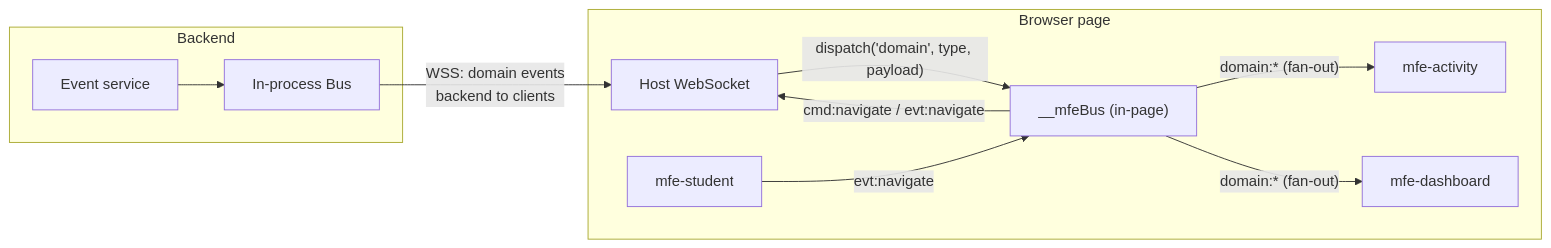
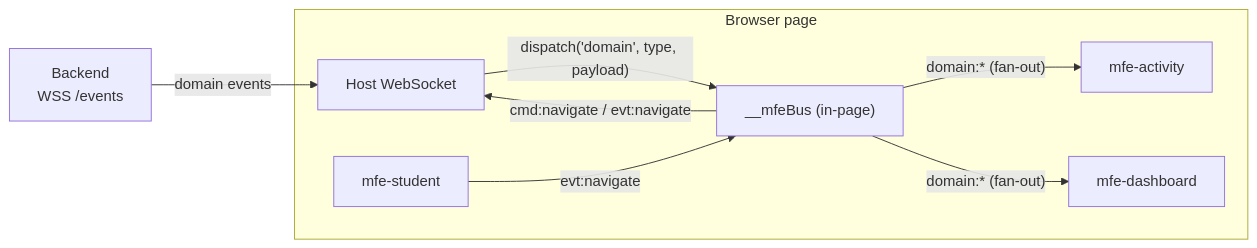
The third of 5 diagrams in docs/architecture.md (fidelis27/mfe-communication), drawn with Mermaid before and after one commit. The commit also changed other lines of this file, not shown here.

First line of the commit message:
docs: scope architecture.md to the frontend and fix flow details (#94)

````diff
--- a/docs/architecture.md
+++ b/docs/architecture.md
@@ -82,23 +77,19 @@
 ```mermaid
 flowchart LR
-    subgraph backend["Backend"]
-        svc["Event service"]
-        gobus["In-process Bus"]
-        svc --> gobus
-    end
+    api["Backend<br/>WSS /events"]
 
     subgraph page["Browser page"]
         hostws["Host WebSocket"]
         pagebus["__mfeBus (in-page)"]
         a["mfe-activity"]
         d["mfe-dashboard"]
         s["mfe-student"]
         hostws -- "dispatch('domain', type, payload)" --> pagebus
         pagebus -- "domain:* (fan-out)" --> a
         pagebus -- "domain:* (fan-out)" --> d
         s -- "evt:navigate" --> pagebus
         pagebus -- "cmd:navigate / evt:navigate" --> hostws
     end
 
-    gobus -- "WSS: domain events<br/>backend to clients" --> hostws
+    api -- "domain events" --> hostws
 ```
````
